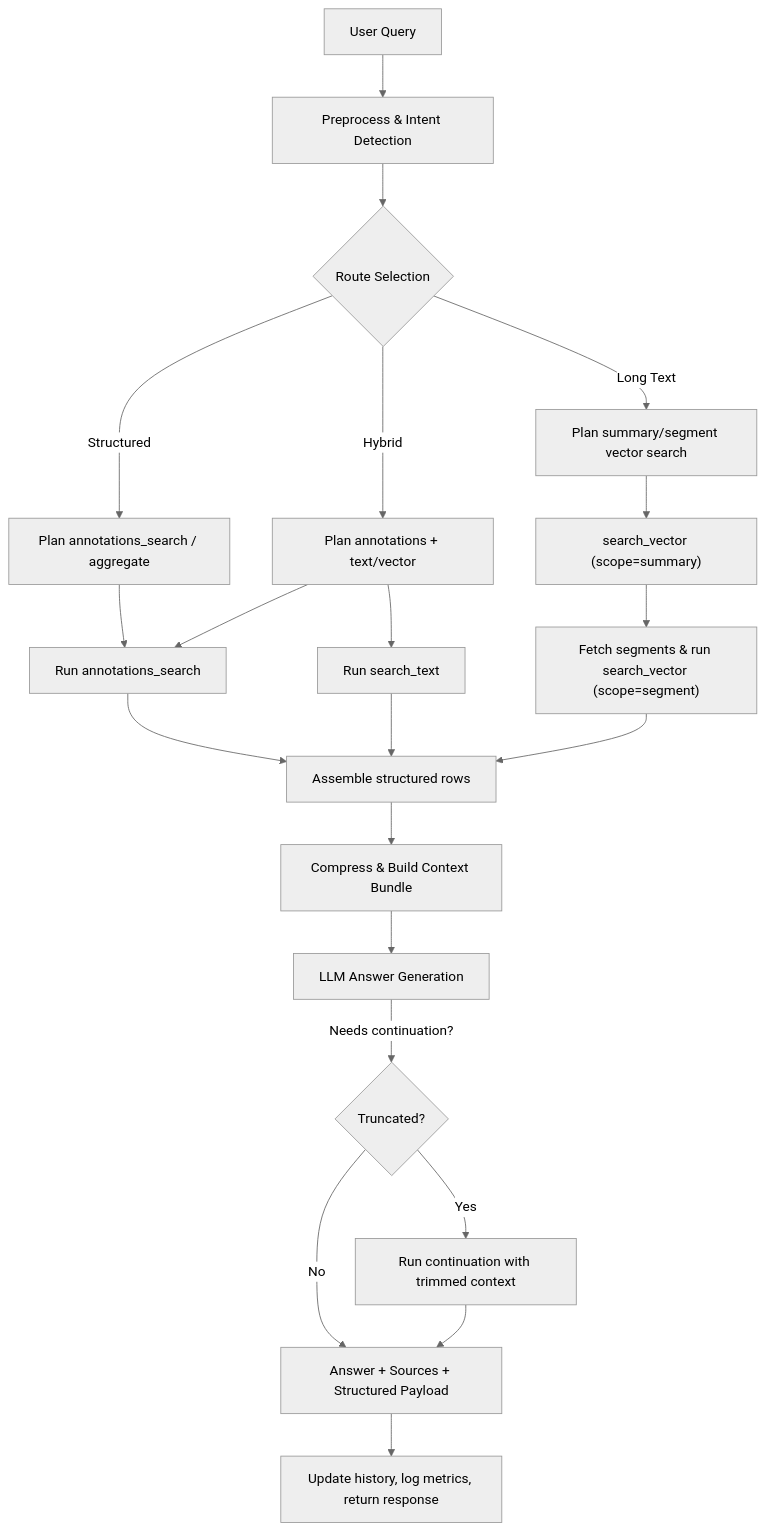
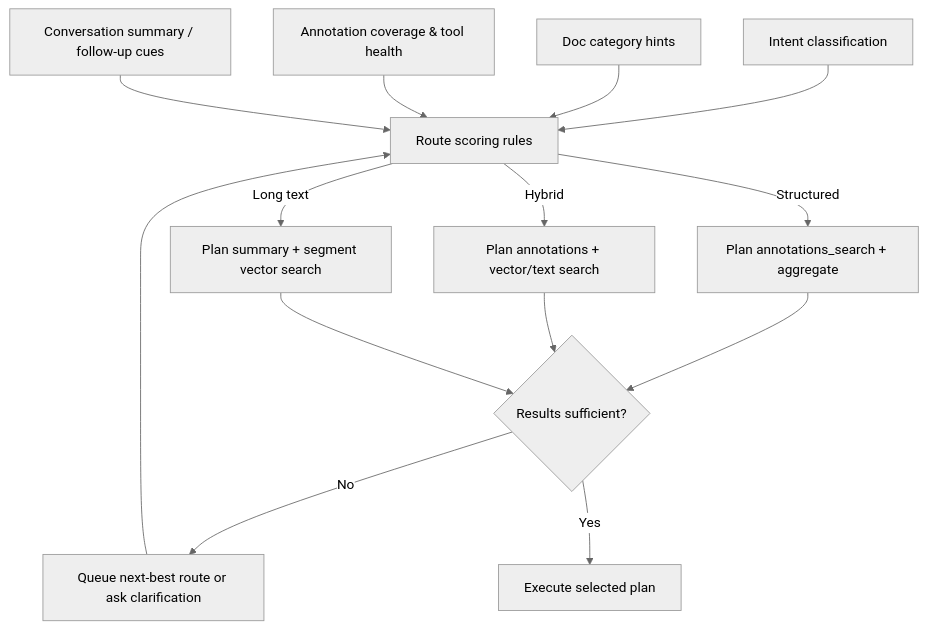
Before and after one commit to nobody-qwert/zzz_rag_xxx: the second of 3 diagrams in docs/architecture/rag_workflow.md, drawn with Mermaid (neutral theme). The commit also changed other lines of this file, not shown here.

````diff
--- a/docs/architecture/rag_workflow.md
+++ b/docs/architecture/rag_workflow.md
@@ -59,27 +76,24 @@
 ```mermaid
 flowchart TD
-    Q[User Query] --> P[Preprocess & Intent Detection]
-    P --> R{Route Selection}
-    R -->|Structured| TS[Plan annotations_search / aggregate]
-    R -->|Hybrid| HY[Plan annotations + text/vector]
-    R -->|Long Text| LT[Plan summary/segment vector search]
+    INTENT[Intent classification]
+    CATS[Doc category hints]
+    COVERAGE[Annotation coverage & tool health]
+    HISTORY[Conversation summary / follow-up cues]
 
-    TS --> A1[Run annotations_search]
-    HY --> A1
-    HY --> T1[Run search_text]
-    LT --> SV["search_vector (scope=summary)"]
-    SV --> SS["Fetch segments & run search_vector (scope=segment)"]
+    INTENT --> SCORE[Route scoring rules]
+    CATS --> SCORE
+    COVERAGE --> SCORE
+    HISTORY --> SCORE
 
-    A1 --> EV[Assemble structured rows]
-    T1 --> EV
-    SS --> EV
+    SCORE -->|Structured| STRUCT_ROUTE[Plan annotations_search + aggregate]
+    SCORE -->|Hybrid| HYBRID_ROUTE[Plan annotations + vector/text search]
+    SCORE -->|Long text| LONG_ROUTE[Plan summary + segment vector search]
 
-    EV --> CT[Compress & Build Context Bundle]
-    CT --> LLM[LLM Answer Generation]
-    LLM -->|Needs continuation?| CONT{Truncated?}
-    CONT -->|Yes| CONTINUE[Run continuation with trimmed context]
-    CONT -->|No| OUT[Answer + Sources + Structured Payload]
-    CONTINUE --> OUT
+    STRUCT_ROUTE --> CHECK{Results sufficient?}
+    HYBRID_ROUTE --> CHECK
+    LONG_ROUTE --> CHECK
 
-    OUT --> LOG[Update history, log metrics, return response]
+    CHECK -->|No| FALLBACK[Queue next-best route or ask clarification]
+    FALLBACK --> SCORE
+    CHECK -->|Yes| EXECUTE[Execute selected plan]
 ```
````
